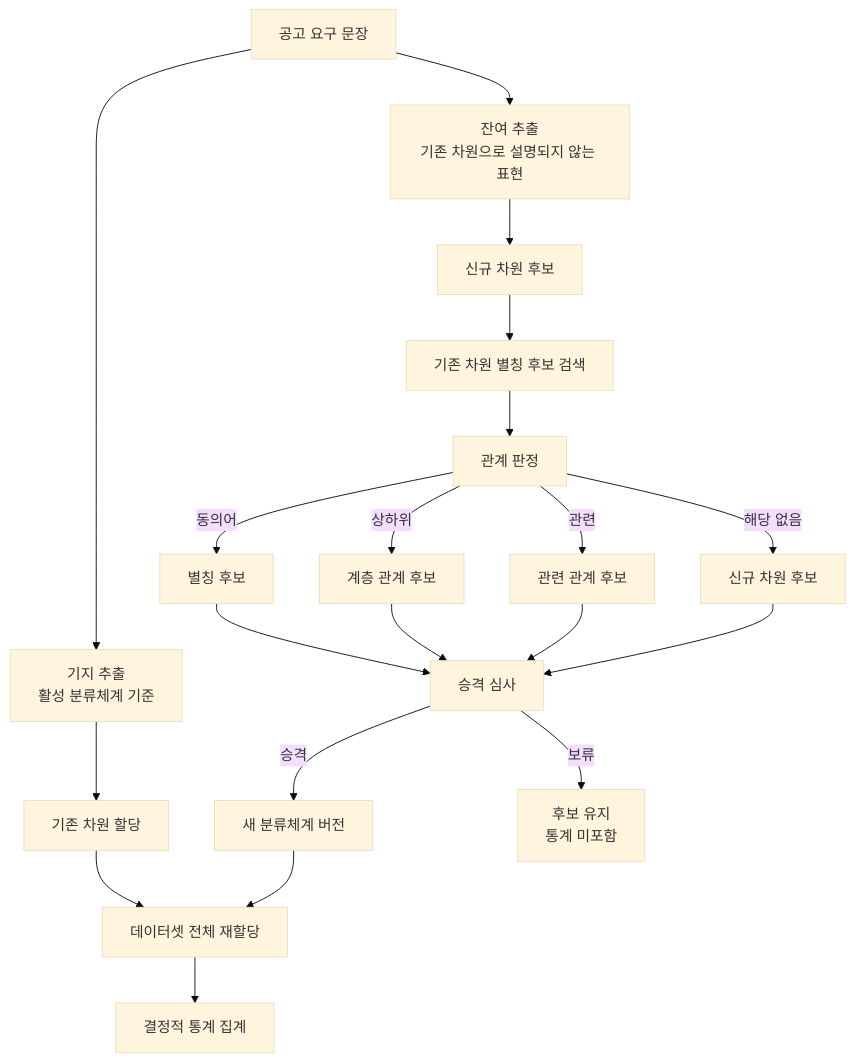
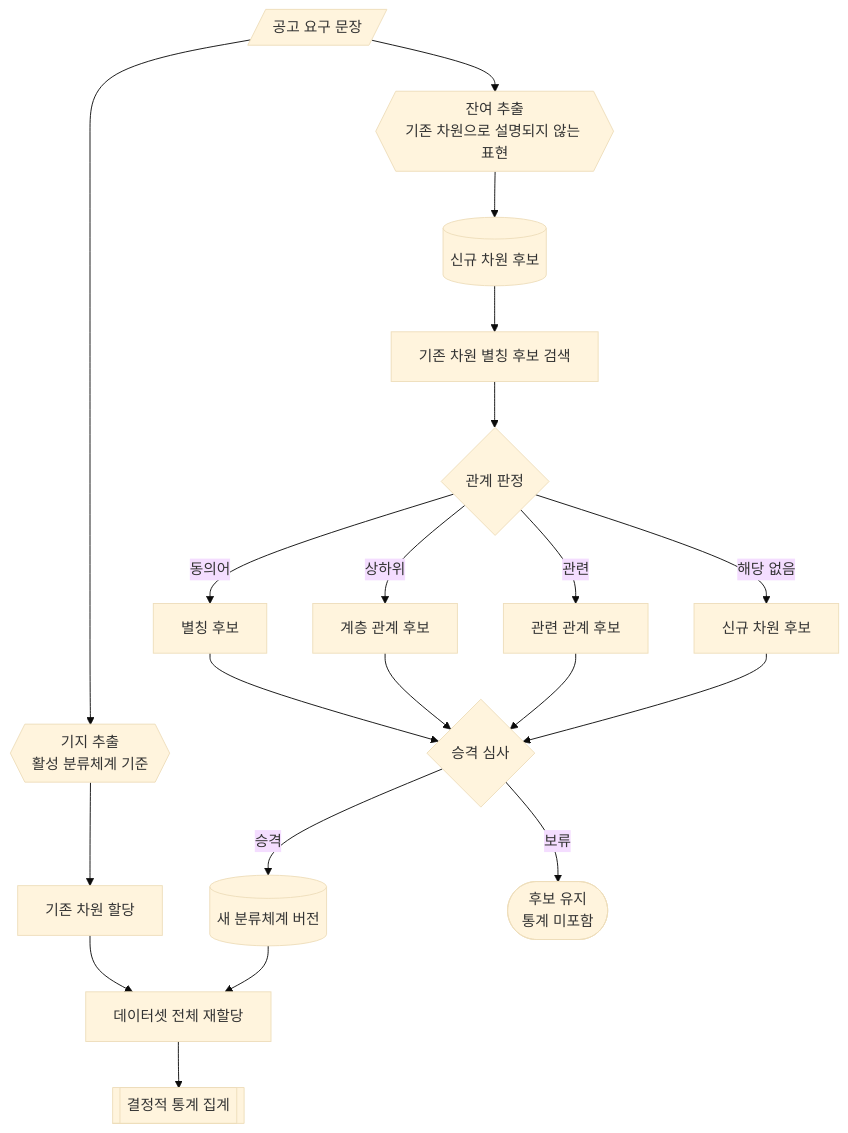
One commit to Mureung1/hub-showcase changed the first of 2 diagrams in docs/statistics-model.md. Above: the diagram before and after it, drawn with Mermaid (base theme). The commit also changed other lines of this file and 3 other files, not shown here.

Commit message:
docs: define knowledge schema, statistics model, and execution layers

````diff
--- a/docs/statistics-model.md
+++ b/docs/statistics-model.md
@@ -29,26 +29,26 @@
 ```mermaid
 flowchart TD
-    DOC["공고 요구 문장"] --> KNOWN["기지 추출<br/>활성 분류체계 기준"]
-    DOC --> OPEN["잔여 추출<br/>기존 차원으로 설명되지 않는 표현"]
+    DOC[/"공고 요구 문장"/] --> KNOWN{{"기지 추출<br/>활성 분류체계 기준"}}
+    DOC --> OPEN{{"잔여 추출<br/>기존 차원으로 설명되지 않는 표현"}}
 
     KNOWN --> ASSIGN["기존 차원 할당"]
-    OPEN --> CAND["신규 차원 후보"]
+    OPEN --> CAND[("신규 차원 후보")]
     CAND --> RETR["기존 차원 별칭 후보 검색"]
-    RETR --> REL["관계 판정"]
+    RETR --> REL{"관계 판정"}
 
     REL -->|"동의어"| ALIAS["별칭 후보"]
     REL -->|"상하위"| HIER["계층 관계 후보"]
     REL -->|"관련"| RELD["관련 관계 후보"]
     REL -->|"해당 없음"| NEW["신규 차원 후보"]
 
-    ALIAS --> REV["승격 심사"]
+    ALIAS --> REV{"승격 심사"}
     HIER --> REV
     RELD --> REV
     NEW --> REV
 
-    REV -->|"승격"| TAX["새 분류체계 버전"]
-    REV -->|"보류"| HOLD["후보 유지<br/>통계 미포함"]
+    REV -->|"승격"| TAX[("새 분류체계 버전")]
+    REV -->|"보류"| HOLD(["후보 유지<br/>통계 미포함"])
     TAX --> REASSIGN["데이터셋 전체 재할당"]
     ASSIGN --> REASSIGN
-    REASSIGN --> STATS["결정적 통계 집계"]
+    REASSIGN --> STATS[["결정적 통계 집계"]]
 ```
````
